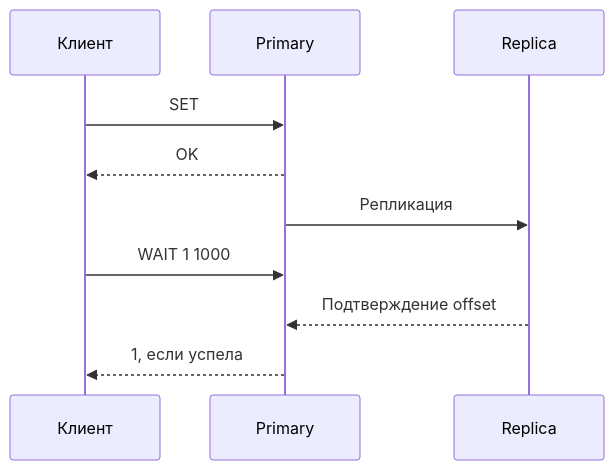
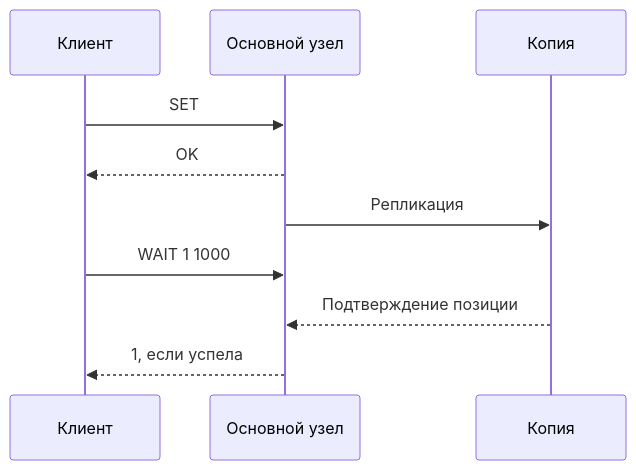
The diagram in docs/databases/redis/replication.md (leary1337/vault), drawn with Mermaid before and after one commit. The commit also changed other lines of this file and 325 other files, not shown here.

````diff
--- a/docs/databases/redis/replication.md
+++ b/docs/databases/redis/replication.md
@@ -41,12 +37,12 @@
 ```mermaid
 sequenceDiagram
     participant C as Клиент
-    participant P as Primary
-    participant R as Replica
+    participant P as Основной узел
+    participant R as Копия
     C->>P: SET
     P-->>C: OK
     P->>R: Репликация
     C->>P: WAIT 1 1000
-    R-->>P: Подтверждение offset
+    R-->>P: Подтверждение позиции
     P-->>C: 1, если успела
 ```
````
